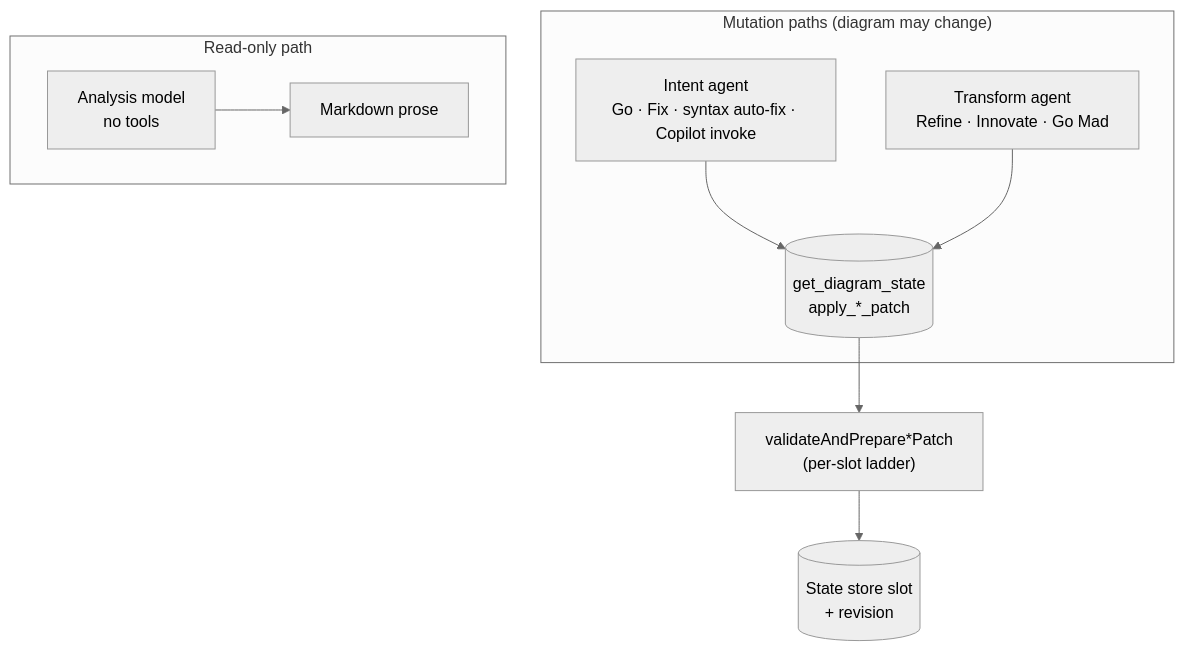
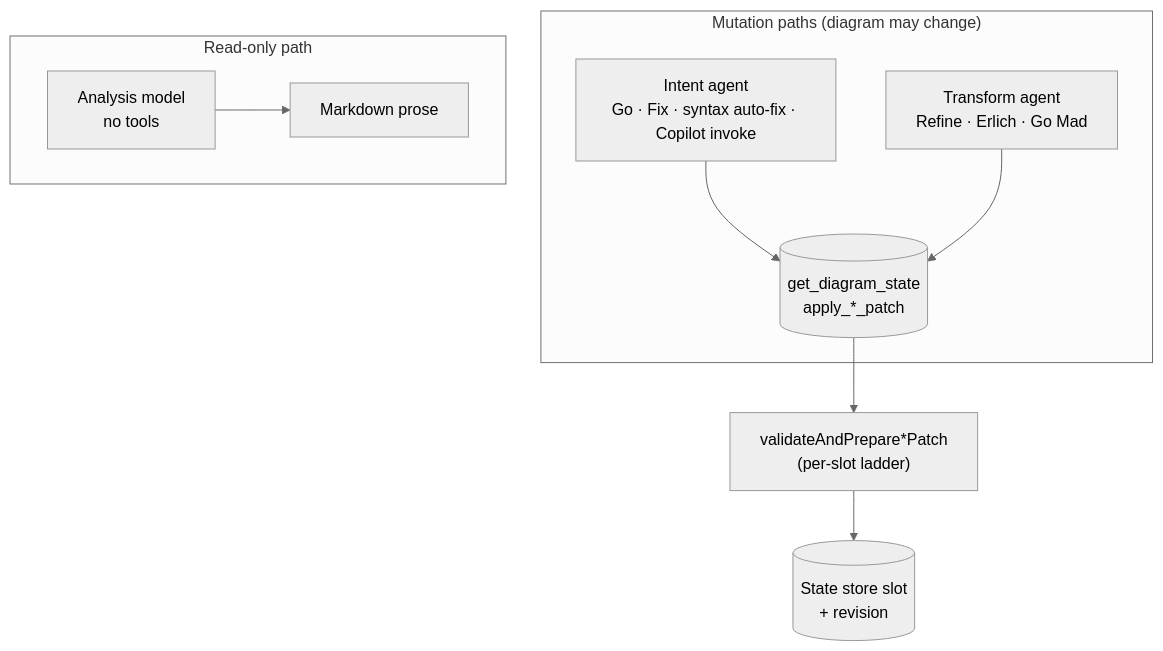
Before and after one commit to acuhlmann/mermaid-gen: the second of 2 diagrams in docs/guide/agents.md, drawn with Mermaid (neutral theme). The commit also changed other lines of this file and 106 other files, not shown here.

First line of the commit message:
feat(cast): Erlich inherits innovate seat (innovate -> erlich)

````diff
--- a/docs/guide/agents.md
+++ b/docs/guide/agents.md
@@ -32,17 +32,17 @@
 ```mermaid
 flowchart TB
   subgraph mutation ["Mutation paths (diagram may change)"]
     I[Intent agent\nGo · Fix · syntax auto-fix · Copilot invoke]
-    T[Transform agent\nRefine · Innovate · Go Mad]
+    T[Transform agent\nRefine · Erlich · Go Mad]
     I --> Tools[(get_diagram_state\napply_*_patch)]
     T --> Tools
   end
 
   subgraph readonly ["Read-only path"]
     A[Analysis model\nno tools]
     A --> Text[Markdown prose]
   end
 
   Tools --> V["validateAndPrepare*Patch\n(per-slot ladder)"]
   V --> SS[(State store slot\n+ revision)]
 ```
````
